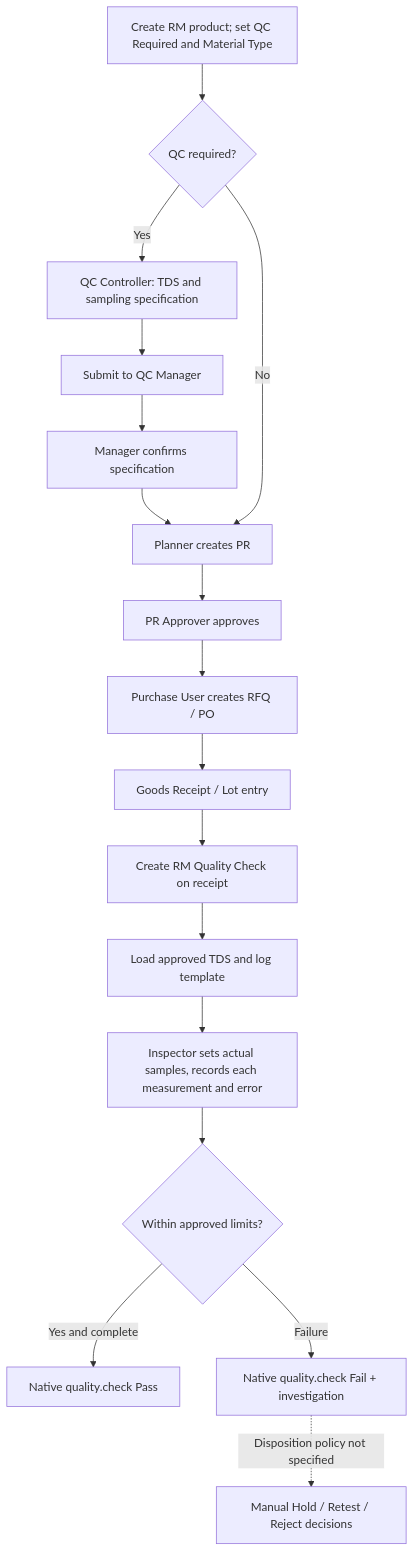
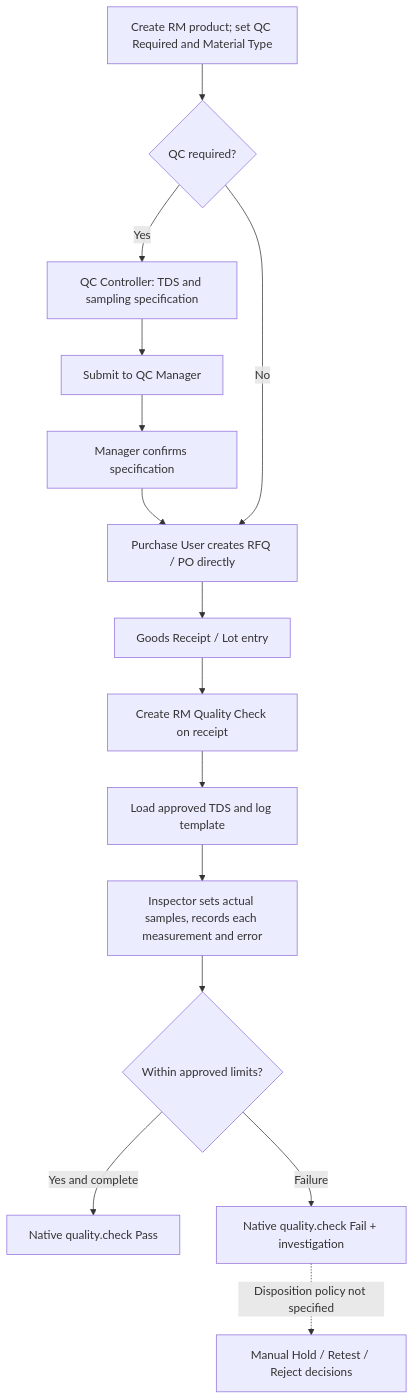
Before and after one commit to dev-lamia/custom19s: the diagram in quality_rm_spec_sampling/README.md, drawn with Mermaid. The commit also changed other lines of this file and 13 other files, not shown here.

````diff
--- a/quality_rm_spec_sampling/README.md
+++ b/quality_rm_spec_sampling/README.md
@@ -62,19 +67,17 @@
 ```mermaid
 flowchart TD
     A[Create RM product; set QC Required and Material Type] --> B{QC required?}
     B -->|Yes| C[QC Controller: TDS and sampling specification]
     C --> D[Submit to QC Manager]
     D --> E[Manager confirms specification]
-    E --> F[Planner creates PR]
-    B -->|No| F
-    F --> G[PR Approver approves]
-    G --> H[Purchase User creates RFQ / PO]
+    E --> H[Purchase User creates RFQ / PO directly]
+    B -->|No| H
     H --> I[Goods Receipt / Lot entry]
     I --> J[Create RM Quality Check on receipt]
     J --> K[Load approved TDS and log template]
     K --> L[Inspector sets actual samples, records each measurement and error]
     L --> M{Within approved limits?}
     M -->|Yes and complete| N[Native quality.check Pass]
     M -->|Failure| O[Native quality.check Fail + investigation]
     O -. Disposition policy not specified .-> P[Manual Hold / Retest / Reject decisions]
 ```
````
